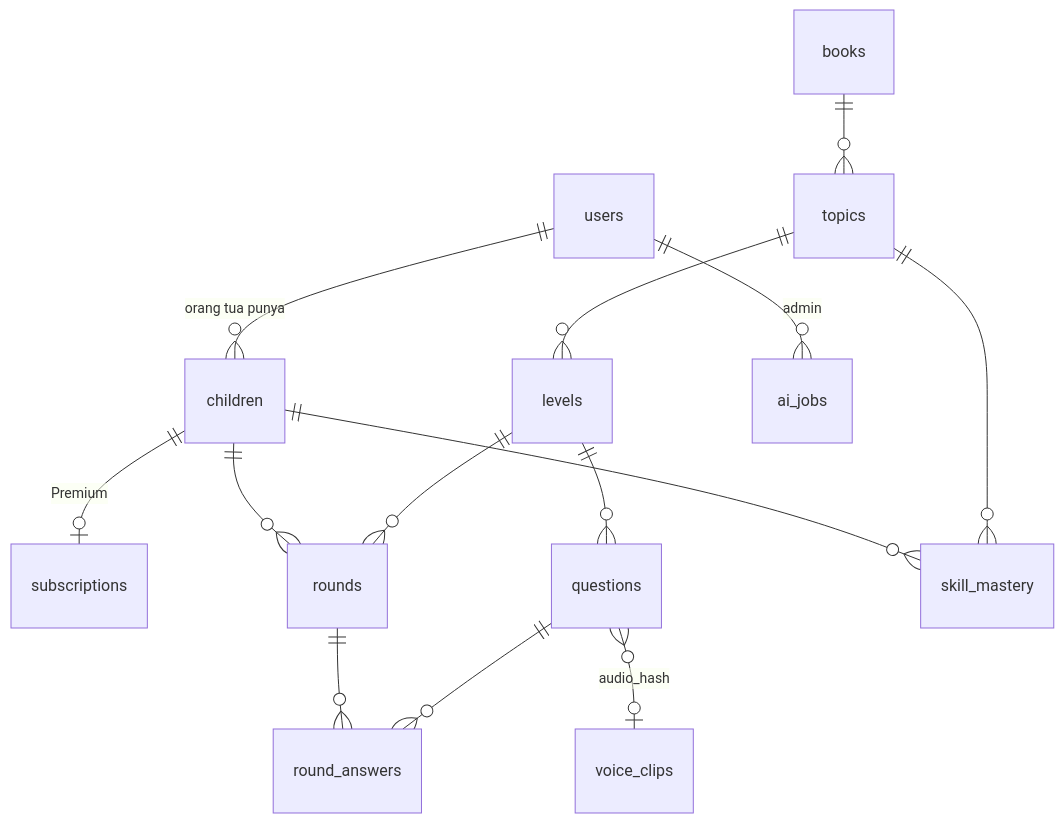
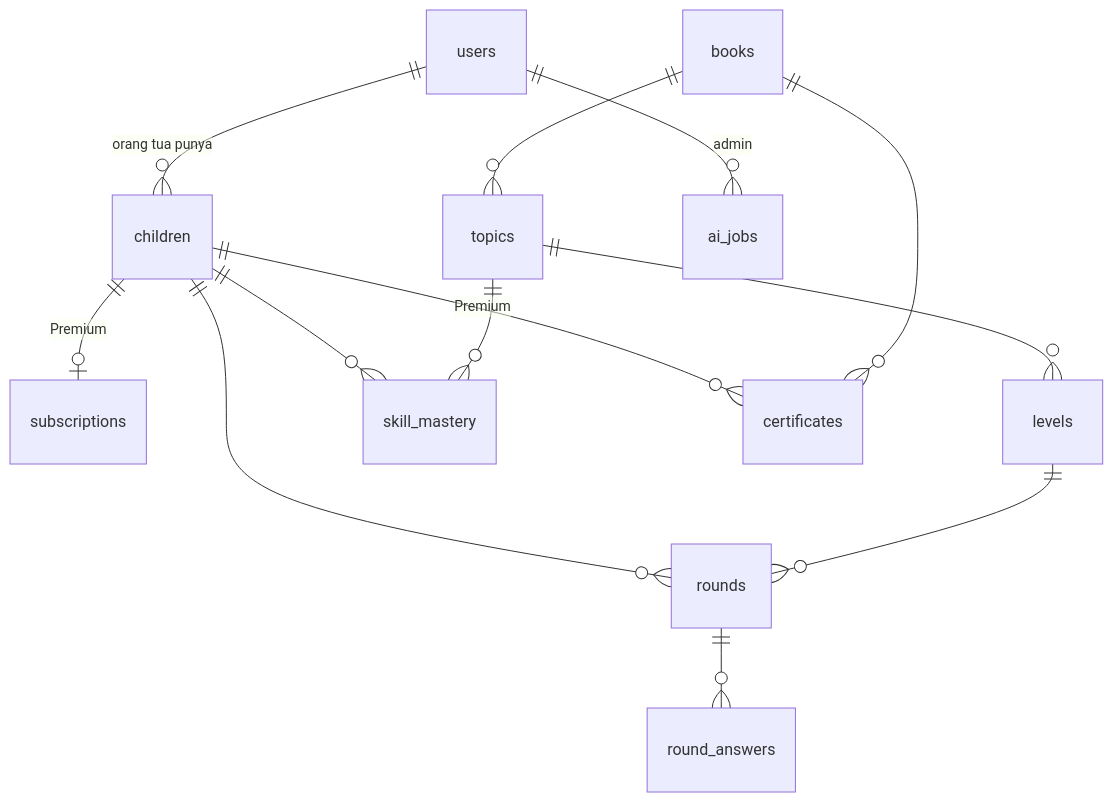
The diagram in PRD.md (UDC-Intern/project1), drawn with Mermaid before and after one commit. The commit also changed other lines of this file and 8 other files, not shown here.

````diff
--- a/PRD.md
+++ b/PRD.md
@@ -223,16 +222,15 @@
 ```mermaid
 erDiagram
   users ||--o{ children : "orang tua punya"
   children ||--o| subscriptions : "Premium"
   books ||--o{ topics : ""
   topics ||--o{ levels : ""
-  levels ||--o{ questions : ""
   children ||--o{ rounds : ""
   levels ||--o{ rounds : ""
   rounds ||--o{ round_answers : ""
-  questions ||--o{ round_answers : ""
   children ||--o{ skill_mastery : ""
   topics ||--o{ skill_mastery : ""
   users ||--o{ ai_jobs : "admin"
-  questions }o--o| voice_clips : "audio_hash"
+  children ||--o{ certificates : "Premium"
+  books ||--o{ certificates : ""
 ```
````
